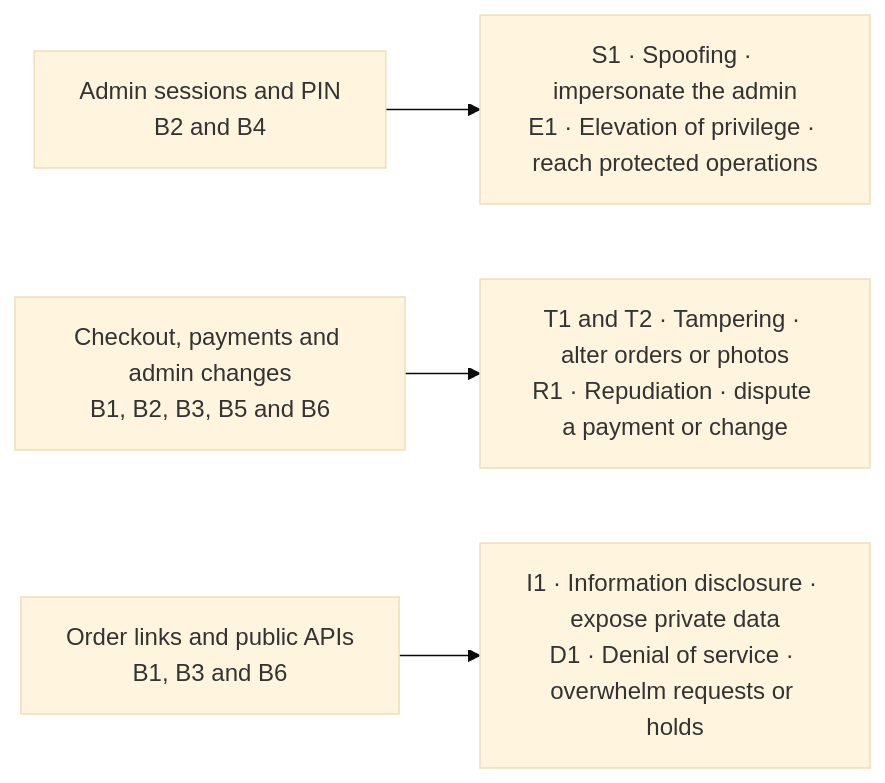
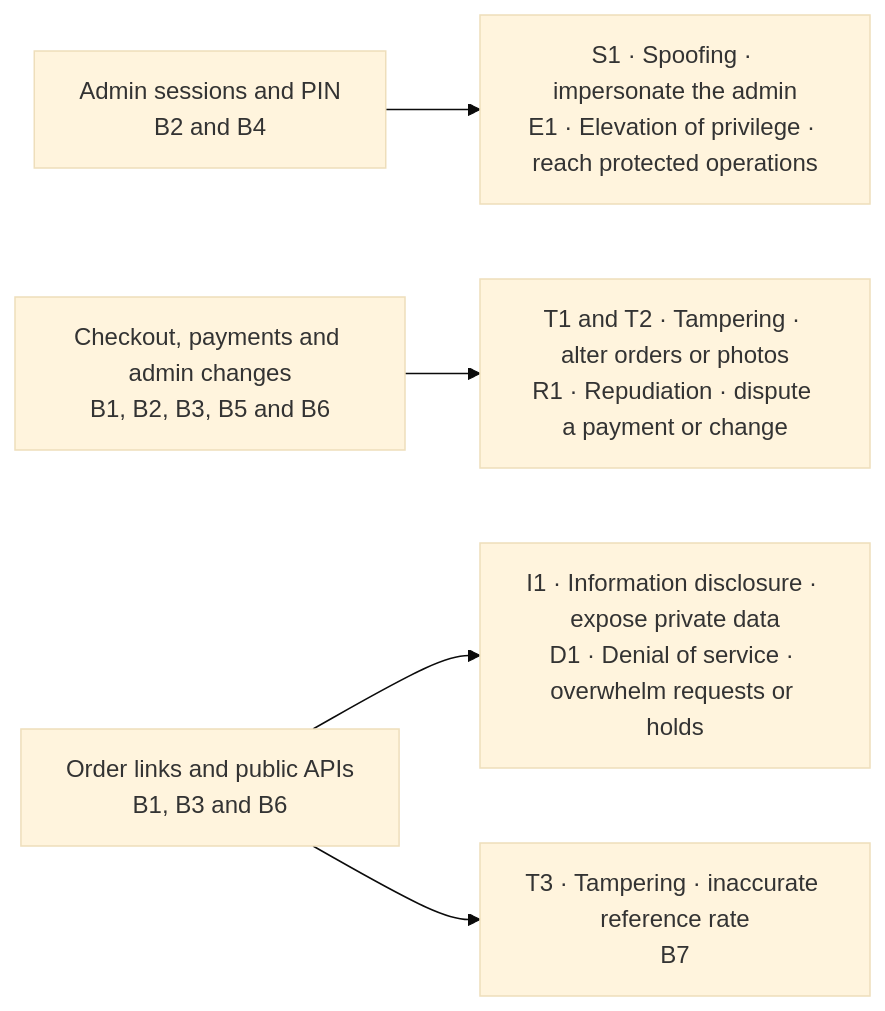
One commit to deshandinidu2001/vault-and-vein-phase-1 changed the diagram in docs/security/stride.md. Above: the diagram before and after it, drawn with Mermaid (base theme). The commit also changed other lines of this file and 21 other files, not shown here.

````diff
--- a/docs/security/stride.md
+++ b/docs/security/stride.md
@@ -5,10 +5,11 @@
 ```mermaid
 flowchart LR
     AUTH["Admin sessions and PIN<br/>B2 and B4"]
     WRITES["Checkout, payments and admin changes<br/>B1, B2, B3, B5 and B6"]
     PUBLIC["Order links and public APIs<br/>B1, B3 and B6"]
 
     AUTH --> IDENTITY["S1 · Spoofing · impersonate the admin<br/>E1 · Elevation of privilege · reach protected operations"]
     WRITES --> INTEGRITY["T1 and T2 · Tampering · alter orders or photos<br/>R1 · Repudiation · dispute a payment or change"]
     PUBLIC --> ACCESS["I1 · Information disclosure · expose private data<br/>D1 · Denial of service · overwhelm requests or holds"]
+    PUBLIC --> FX["T3 · Tampering · inaccurate reference rate<br/>B7"]
 ```
````
